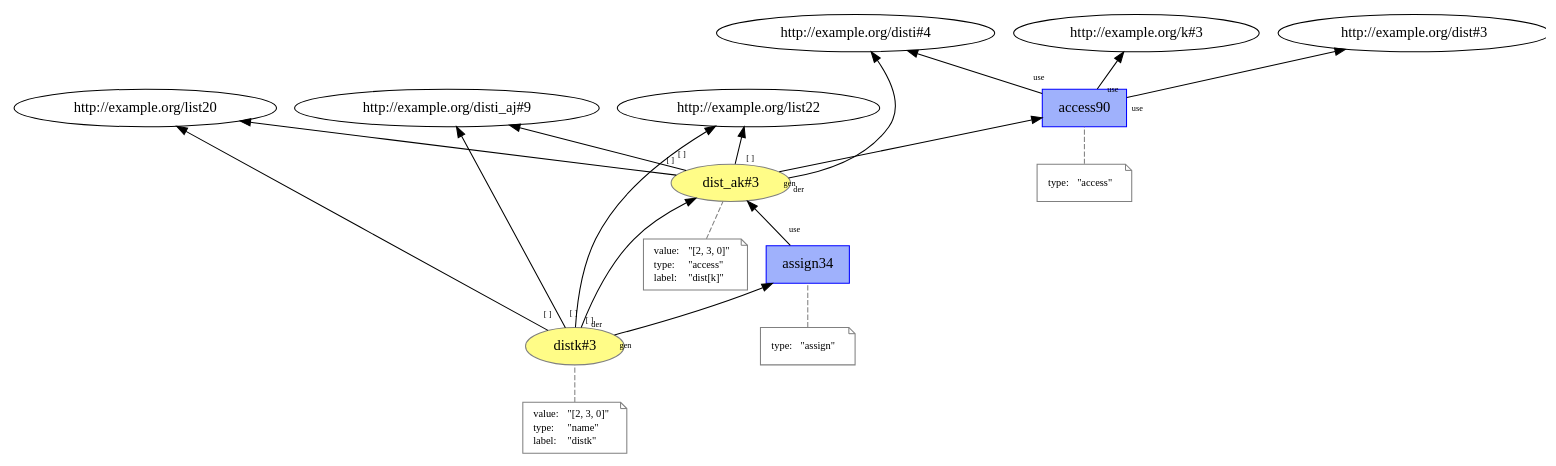
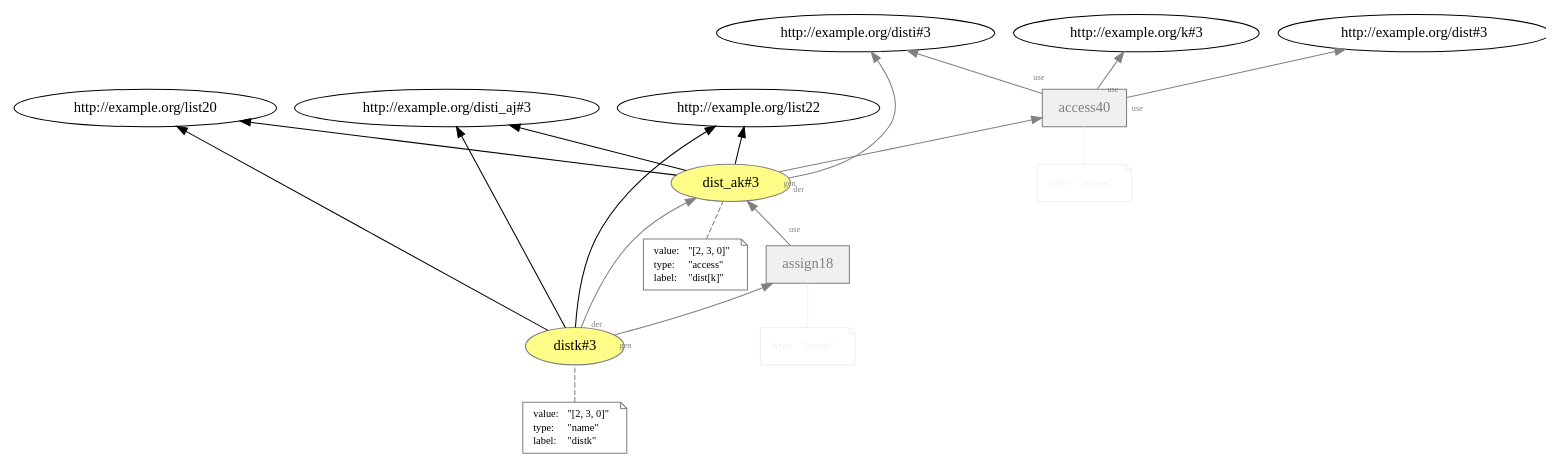
Before and after one commit to dew-uff/versioned-prov: the diagram in images/plain_prov/temp/L10__access__assign_3.dot, drawn with Graphviz. The commit also changed 390 other files, not shown here.

```diff
--- a/images/plain_prov/temp/L10__access__assign_3.dot
+++ b/images/plain_prov/temp/L10__access__assign_3.dot
@@ -1,64 +1,64 @@
 digraph "PROV" { size="16,12"; rankdir="BT";
 "http://example.org/dist_ak#3" [fillcolor="#FFFC87",color="#808080",style="filled",label="dist_ak#3",URL="http://example.org/dist_ak#3"]
 "-attrs0" [color="gray",shape="note",fontsize="10",fontcolor="black",label=<<TABLE cellpadding="0" border="0">
 	<TR>
 	    <TD align="left">value:</TD>
 	    <TD align="left">&quot;[2, 3, 0]&quot;</TD>
 	</TR>
 	<TR>
 	    <TD align="left">type:</TD>
 	    <TD align="left">&quot;access&quot;</TD>
 	</TR>
 	<TR>
 	    <TD align="left">label:</TD>
 	    <TD align="left">&quot;dist[k]&quot;</TD>
 	</TR>
 </TABLE>>]
 "-attrs0" -> "http://example.org/dist_ak#3" [color="gray",style="dashed",arrowhead="none"]
-"http://example.org/dist_ak#3" -> "http://example.org/list20" [labelfontsize="8",labeldistance="1.5",labelangle="60.0",rotation="20",taillabel="[ ]"]
-"http://example.org/dist_ak#3" -> "http://example.org/list22" [labelfontsize="8",labeldistance="1.5",labelangle="60.0",rotation="20",taillabel="[ ]"]
-"http://example.org/dist_ak#3" -> "http://example.org/disti_aj#9" [labelfontsize="8",labeldistance="1.5",labelangle="60.0",rotation="20",taillabel="[ ]"]
-"http://example.org/access90" [fillcolor="#9FB1FC",color="#0000FF",shape="polygon",sides="4",style="filled",label="access90",URL="http://example.org/access90"]
-"-attrs1" [color="gray",shape="note",fontsize="10",fontcolor="black",label=<<TABLE cellpadding="0" border="0">
+"http://example.org/dist_ak#3" -> "http://example.org/list20"
+"http://example.org/dist_ak#3" -> "http://example.org/list22"
+"http://example.org/dist_ak#3" -> "http://example.org/disti_aj#3"
+"http://example.org/access40" [fillcolor="#F0F0F0",color="gray",shape="polygon",sides="4",style="filled",label="access40",URL="http://example.org/access40",fontcolor="gray"]
+"-attrs1" [color="#F0F0F0",shape="note",fontsize="10",fontcolor="black",label=<<TABLE cellpadding="0" border="0">
 	<TR>
-	    <TD align="left">type:</TD>
-	    <TD align="left">&quot;access&quot;</TD>
+	    <TD align="left"><font color="#F0F0F0">type:</font></TD>
+	    <TD align="left"><font color="#F0F0F0">&quot;access&quot;</font></TD>
 	</TR>
 </TABLE>>]
-"-attrs1" -> "http://example.org/access90" [color="gray",style="dashed",arrowhead="none"]
-"http://example.org/access90" -> "http://example.org/disti#4" [labelfontsize="8",labeldistance="1.5",labelangle="60.0",rotation="20",taillabel="use"]
-"http://example.org/dist_ak#3" -> "http://example.org/disti#4" [labelfontsize="8",labeldistance="1.5",labelangle="60.0",rotation="20",taillabel="der"]
-"http://example.org/dist_ak#3" -> "http://example.org/access90" [labelfontsize="8",labeldistance="1.5",labelangle="60.0",rotation="20",taillabel="gen"]
-"http://example.org/access90" -> "http://example.org/dist#3" [labelfontsize="8",labeldistance="1.5",labelangle="60.0",rotation="20",taillabel="use"]
-"http://example.org/access90" -> "http://example.org/k#3" [labelfontsize="8",labeldistance="1.5",labelangle="60.0",rotation="20",taillabel="use"]
+"-attrs1" -> "http://example.org/access40" [color="#F0F0F0",style="dashed",arrowhead="none"]
+"http://example.org/access40" -> "http://example.org/disti#3" [labelfontsize="8",labeldistance="1.5",labelangle="60.0",rotation="20",taillabel="use",fontcolor="gray",color="gray"]
+"http://example.org/dist_ak#3" -> "http://example.org/disti#3" [labelfontsize="8",labeldistance="1.5",labelangle="60.0",rotation="20",taillabel="der",fontcolor="gray",color="gray"]
+"http://example.org/dist_ak#3" -> "http://example.org/access40" [labelfontsize="8",labeldistance="1.5",labelangle="60.0",rotation="20",taillabel="gen",fontcolor="gray",color="gray"]
+"http://example.org/access40" -> "http://example.org/dist#3" [labelfontsize="8",labeldistance="1.5",labelangle="60.0",rotation="20",taillabel="use",fontcolor="gray",color="gray"]
+"http://example.org/access40" -> "http://example.org/k#3" [labelfontsize="8",labeldistance="1.5",labelangle="60.0",rotation="20",taillabel="use",fontcolor="gray",color="gray"]
 "http://example.org/distk#3" [fillcolor="#FFFC87",color="#808080",style="filled",label="distk#3",URL="http://example.org/distk#3"]
 "-attrs2" [color="gray",shape="note",fontsize="10",fontcolor="black",label=<<TABLE cellpadding="0" border="0">
 	<TR>
 	    <TD align="left">value:</TD>
 	    <TD align="left">&quot;[2, 3, 0]&quot;</TD>
 	</TR>
 	<TR>
 	    <TD align="left">type:</TD>
 	    <TD align="left">&quot;name&quot;</TD>
 	</TR>
 	<TR>
 	    <TD align="left">label:</TD>
 	    <TD align="left">&quot;distk&quot;</TD>
 	</TR>
 </TABLE>>]
 "-attrs2" -> "http://example.org/distk#3" [color="gray",style="dashed",arrowhead="none"]
-"http://example.org/distk#3" -> "http://example.org/list20" [labelfontsize="8",labeldistance="1.5",labelangle="60.0",rotation="20",taillabel="[ ]"]
-"http://example.org/distk#3" -> "http://example.org/list22" [labelfontsize="8",labeldistance="1.5",labelangle="60.0",rotation="20",taillabel="[ ]"]
-"http://example.org/distk#3" -> "http://example.org/disti_aj#9" [labelfontsize="8",labeldistance="1.5",labelangle="60.0",rotation="20",taillabel="[ ]"]
-"http://example.org/assign34" [fillcolor="#9FB1FC",color="#0000FF",shape="polygon",sides="4",style="filled",label="assign34",URL="http://example.org/assign34"]
-"-attrs3" [color="gray",shape="note",fontsize="10",fontcolor="black",label=<<TABLE cellpadding="0" border="0">
+"http://example.org/distk#3" -> "http://example.org/list20"
+"http://example.org/distk#3" -> "http://example.org/list22"
+"http://example.org/distk#3" -> "http://example.org/disti_aj#3"
+"http://example.org/assign18" [fillcolor="#F0F0F0",color="gray",shape="polygon",sides="4",style="filled",label="assign18",URL="http://example.org/assign18",fontcolor="gray"]
+"-attrs3" [color="#F0F0F0",shape="note",fontsize="10",fontcolor="black",label=<<TABLE cellpadding="0" border="0">
 	<TR>
-	    <TD align="left">type:</TD>
-	    <TD align="left">&quot;assign&quot;</TD>
+	    <TD align="left"><font color="#F0F0F0">type:</font></TD>
+	    <TD align="left"><font color="#F0F0F0">&quot;assign&quot;</font></TD>
 	</TR>
 </TABLE>>]
-"-attrs3" -> "http://example.org/assign34" [color="gray",style="dashed",arrowhead="none"]
-"http://example.org/assign34" -> "http://example.org/dist_ak#3" [labelfontsize="8",labeldistance="1.5",labelangle="60.0",rotation="20",taillabel="use"]
-"http://example.org/distk#3" -> "http://example.org/dist_ak#3" [labelfontsize="8",labeldistance="1.5",labelangle="60.0",rotation="20",taillabel="der"]
-"http://example.org/distk#3" -> "http://example.org/assign34" [labelfontsize="8",labeldistance="1.5",labelangle="60.0",rotation="20",taillabel="gen"]
+"-attrs3" -> "http://example.org/assign18" [color="#F0F0F0",style="dashed",arrowhead="none"]
+"http://example.org/assign18" -> "http://example.org/dist_ak#3" [labelfontsize="8",labeldistance="1.5",labelangle="60.0",rotation="20",taillabel="use",fontcolor="gray",color="gray"]
+"http://example.org/distk#3" -> "http://example.org/dist_ak#3" [labelfontsize="8",labeldistance="1.5",labelangle="60.0",rotation="20",taillabel="der",fontcolor="gray",color="gray"]
+"http://example.org/distk#3" -> "http://example.org/assign18" [labelfontsize="8",labeldistance="1.5",labelangle="60.0",rotation="20",taillabel="gen",fontcolor="gray",color="gray"]
 }
```
